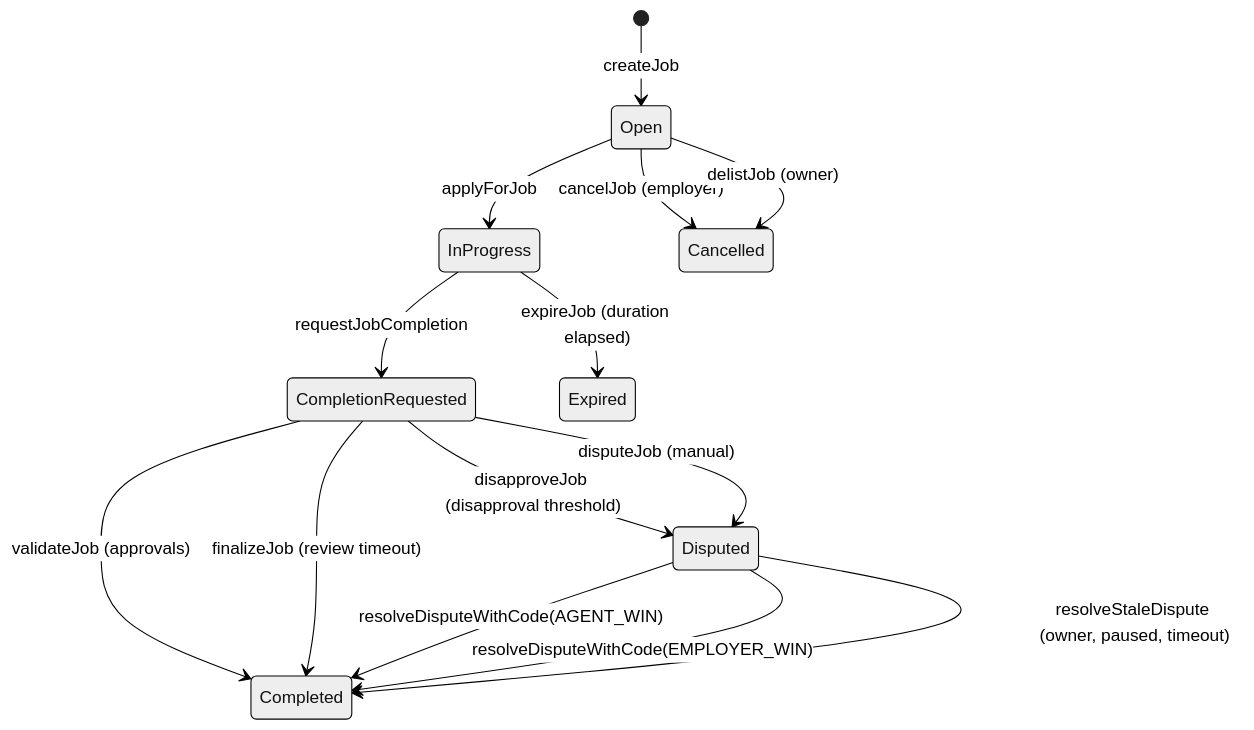
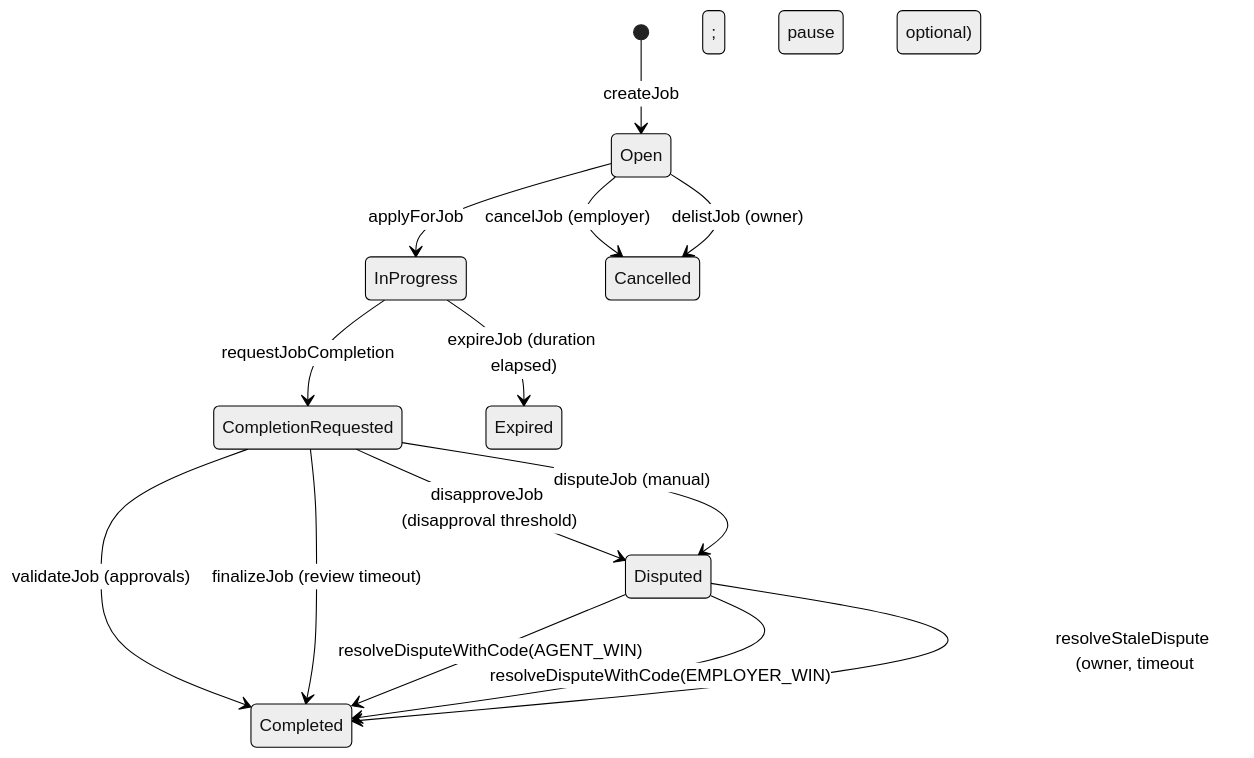
The diagram in docs/architecture.md (MontrealAI/AGIJobManager), drawn with Mermaid (neutral theme) before and after one commit. The commit also changed other lines of this file and 7 other files, not shown here.

Commit message:
Align stale dispute pause guidance

````diff
--- a/docs/architecture.md
+++ b/docs/architecture.md
@@ -30,20 +30,20 @@
 ```mermaid
 stateDiagram-v2
     [*] --> Open: createJob
     Open --> InProgress: applyForJob
     InProgress --> CompletionRequested: requestJobCompletion
 
     CompletionRequested --> Completed: validateJob (approvals)
     CompletionRequested --> Completed: finalizeJob (review timeout)
 
     CompletionRequested --> Disputed: disapproveJob (disapproval threshold)
     CompletionRequested --> Disputed: disputeJob (manual)
 
     Disputed --> Completed: resolveDisputeWithCode(AGENT_WIN)
     Disputed --> Completed: resolveDisputeWithCode(EMPLOYER_WIN)
-    Disputed --> Completed: resolveStaleDispute (owner, paused, timeout)
+    Disputed --> Completed: resolveStaleDispute (owner, timeout; pause optional)
 
     InProgress --> Expired: expireJob (duration elapsed)
     Open --> Cancelled: cancelJob (employer)
     Open --> Cancelled: delistJob (owner)
 ```
````
